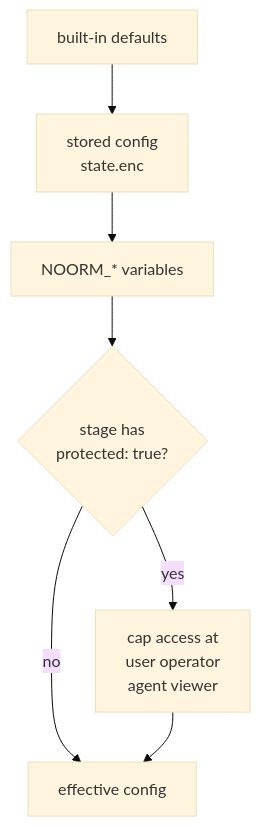
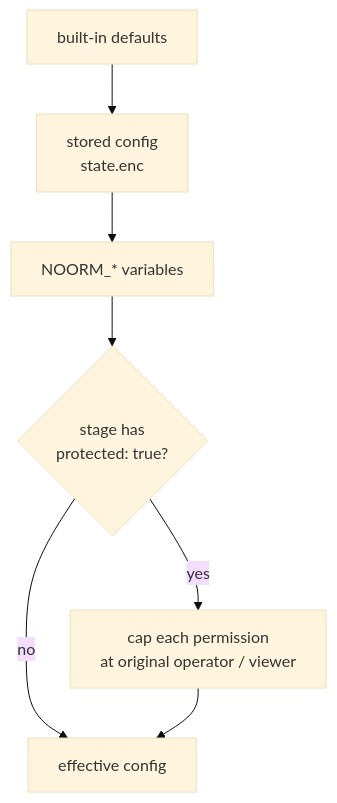
The diagram in docs/guide/environments/stages.md (noormdev/noorm), drawn with Mermaid (base theme) before and after one commit. The commit also changed other lines of this file and 122 other files, not shown here.

````diff
--- a/docs/guide/environments/stages.md
+++ b/docs/guide/environments/stages.md
@@ -54,9 +54,9 @@
 ```mermaid
 flowchart TD
     D["built-in defaults"] --> C["stored config<br/>state.enc"]
     C --> E["NOORM_* variables"]
     E --> P{"stage has<br/>protected: true?"}
-    P -->|yes| K["cap access at<br/>user operator<br/>agent viewer"]
+    P -->|yes| K["cap each permission<br/>at original operator / viewer"]
     P -->|no| R["effective config"]
     K --> R
 ```
````
